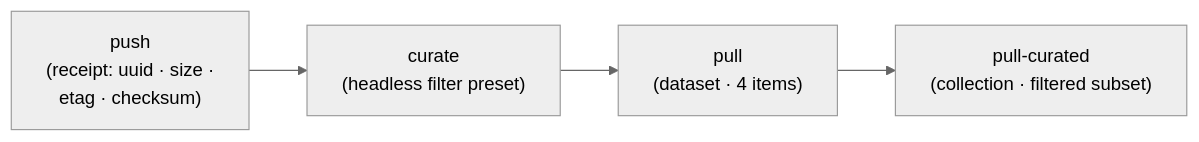
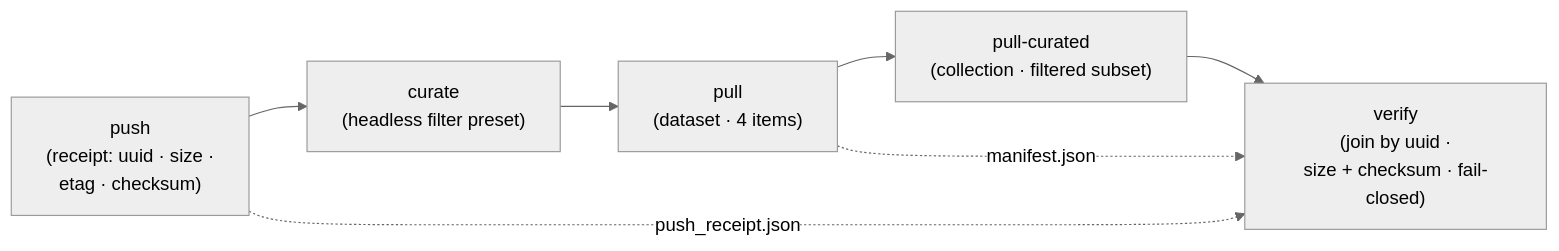
One commit to jonlwowski012/nebius-physical-ai changed the third of 3 diagrams in docs/workbench/encord-headless-curation.md. Above: the diagram before and after it, drawn with Mermaid (neutral theme). The commit also changed other lines of this file and 21 other files, not shown here.

````diff
--- a/docs/workbench/encord-headless-curation.md
+++ b/docs/workbench/encord-headless-curation.md
@@ -174,8 +175,11 @@
 ```mermaid
 flowchart LR
     P["push<br/>(receipt: uuid · size ·<br/>etag · checksum)"]
     C["curate<br/>(headless filter preset)"]
     L1["pull<br/>(dataset · 4 items)"]
     L2["pull-curated<br/>(collection · filtered subset)"]
-    P --> C --> L1 --> L2
+    V["verify<br/>(join by uuid ·<br/>size + checksum · fail-closed)"]
+    P --> C --> L1 --> L2 --> V
+    P -. "push_receipt.json" .-> V
+    L1 -. "manifest.json" .-> V
 ```
````
